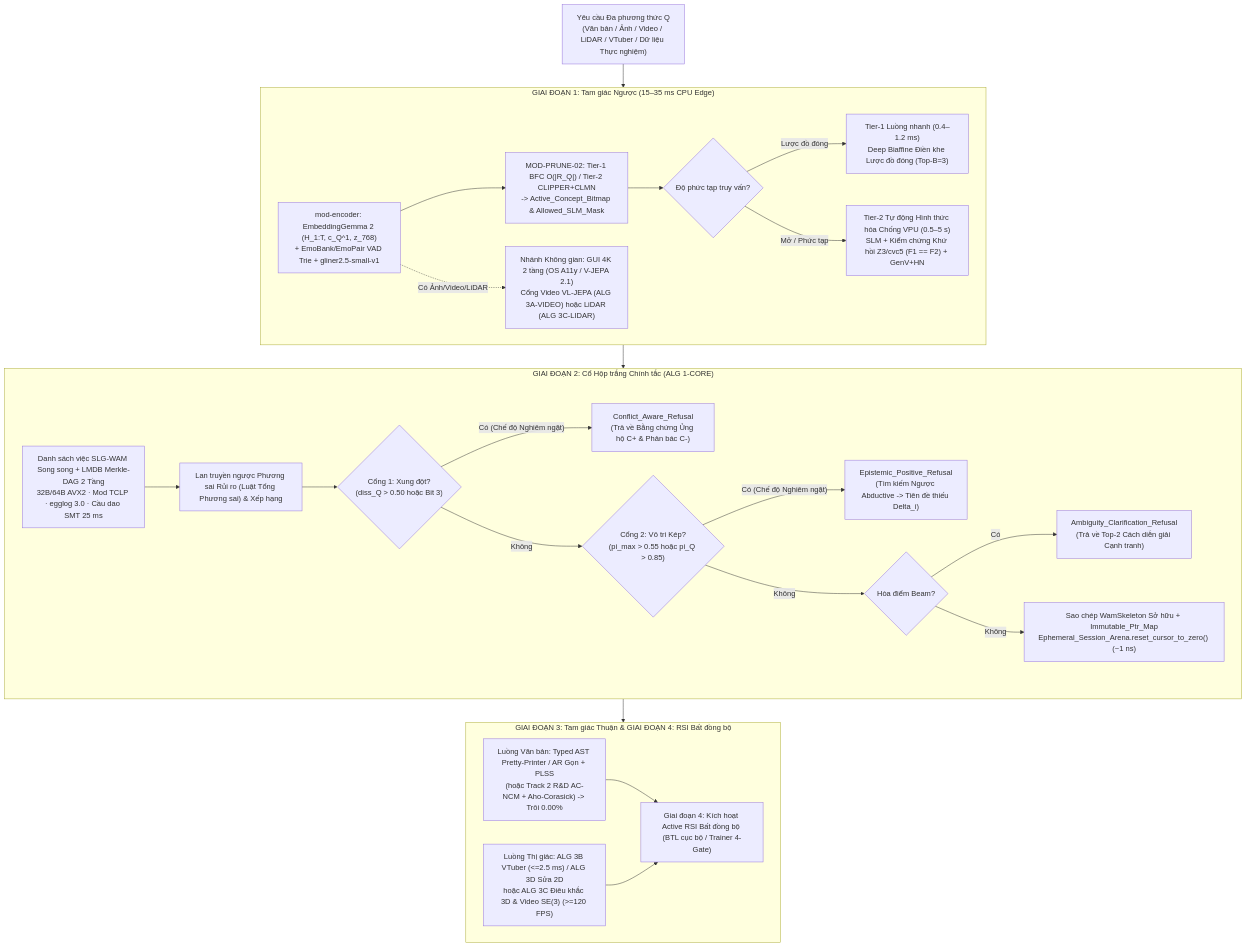
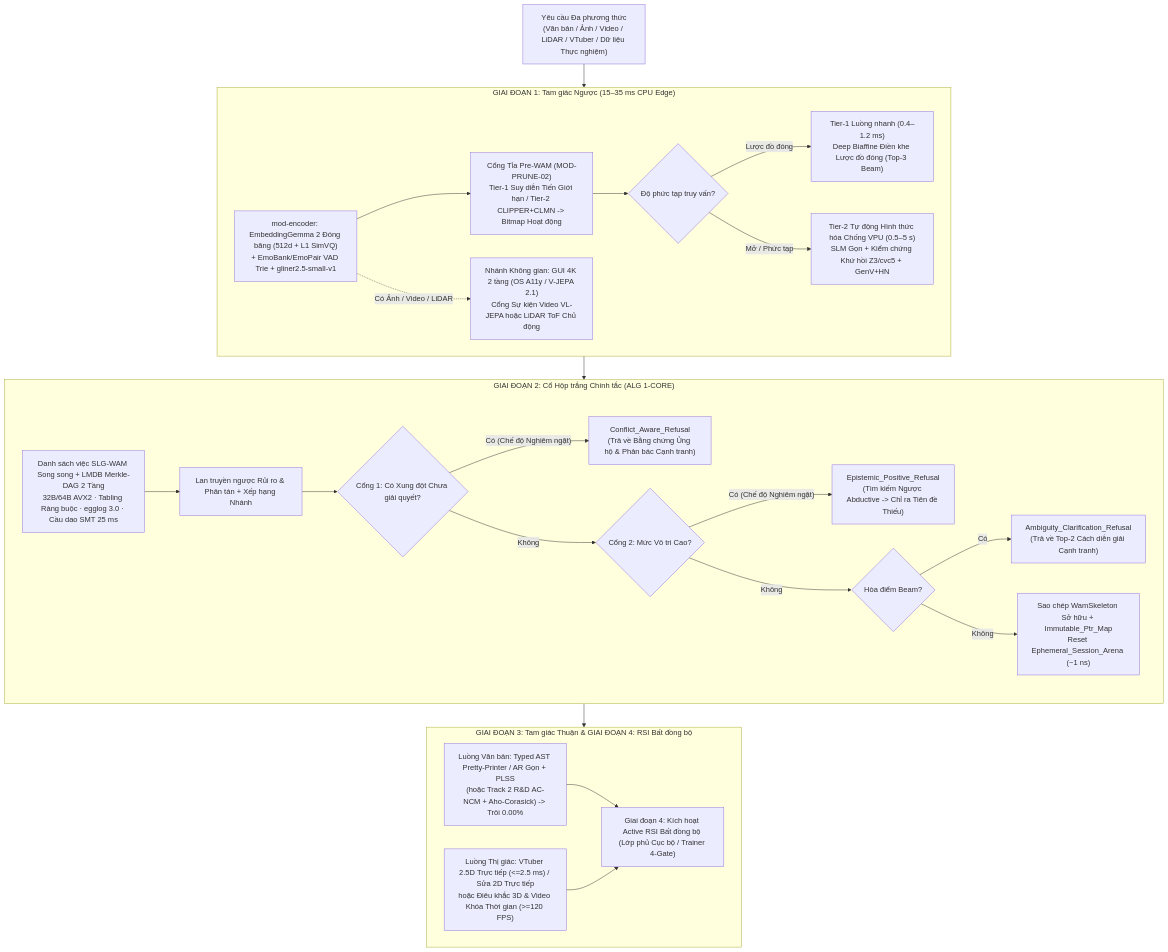
The tenth of 16 diagrams in README.md (vuhoangquanhoctap-glitch/Takuma-1-Trinity), drawn with Mermaid before and after one commit. The commit also changed other lines of this file, not shown here.

````diff
--- a/README.md
+++ b/README.md
@@ -728,49 +758,49 @@
 ```mermaid
 flowchart TD
-    REQ["Yêu cầu Đa phương thức Q<br/>(Văn bản / Ảnh / Video / LiDAR / VTuber / Dữ liệu Thực nghiệm)"] --> ST1
+    REQ["Yêu cầu Đa phương thức<br/>(Văn bản / Ảnh / Video / LiDAR / VTuber / Dữ liệu Thực nghiệm)"] --> ST1
 
     subgraph ST1["GIAI ĐOẠN 1: Tam giác Ngược (15–35 ms CPU Edge)"]
-        E1["mod-encoder: EmbeddingGemma 2 (H_1:T, c_Q^1, z_768)<br/>+ EmoBank/EmoPair VAD Trie + gliner2.5-small-v1"]
-        E2["MOD-PRUNE-02: Tier-1 BFC O(|R_Q|) / Tier-2 CLIPPER+CLMN<br/>-> Active_Concept_Bitmap & Allowed_SLM_Mask"]
+        E1["mod-encoder: EmbeddingGemma 2 Đóng băng (512d + L1 SimVQ)<br/>+ EmoBank/EmoPair VAD Trie + gliner2.5-small-v1"]
+        E2["Cổng Tỉa Pre-WAM (MOD-PRUNE-02)<br/>Tier-1 Suy diễn Tiến Giới hạn / Tier-2 CLIPPER+CLMN -> Bitmap Hoạt động"]
         E3{"Độ phức tạp truy vấn?"}
-        E4["Tier-1 Luồng nhanh (0.4–1.2 ms)<br/>Deep Biaffine Điền khe Lược đồ đóng (Top-B=3)"]
-        E5["Tier-2 Tự động Hình thức hóa Chống VPU (0.5–5 s)<br/>SLM + Kiểm chứng Khứ hồi Z3/cvc5 (F1 == F2) + GenV+HN"]
-        E6["Nhánh Không gian: GUI 4K 2 tầng (OS A11y / V-JEPA 2.1)<br/>Cổng Video VL-JEPA (ALG 3A-VIDEO) hoặc LiDAR (ALG 3C-LIDAR)"]
+        E4["Tier-1 Luồng nhanh (0.4–1.2 ms)<br/>Deep Biaffine Điền khe Lược đồ đóng (Top-3 Beam)"]
+        E5["Tier-2 Tự động Hình thức hóa Chống VPU (0.5–5 s)<br/>SLM Gọn + Kiểm chứng Khứ hồi Z3/cvc5 + GenV+HN"]
+        E6["Nhánh Không gian: GUI 4K 2 tầng (OS A11y / V-JEPA 2.1)<br/>Cổng Sự kiện Video VL-JEPA hoặc LiDAR ToF Chủ động"]
         E1 --> E2 --> E3
         E3 -- "Lược đồ đóng" --> E4
         E3 -- "Mở / Phức tạp" --> E5
-        E1 -. "Có Ảnh/Video/LiDAR" .-> E6
+        E1 -. "Có Ảnh / Video / LiDAR" .-> E6
     end
 
     ST1 --> ST2
 
     subgraph ST2["GIAI ĐOẠN 2: Cổ Hộp trắng Chính tắc (ALG 1-CORE)"]
-        W1["Danh sách việc SLG-WAM Song song + LMDB Merkle-DAG 2 Tầng<br/>32B/64B AVX2 · Mod TCLP · egglog 3.0 · Cầu dao SMT 25 ms"]
-        W2["Lan truyền ngược Phương sai Rủi ro (Luật Tổng Phương sai) & Xếp hạng"]
-        G1{"Cổng 1: Xung đột?<br/>(diss_Q > 0.50 hoặc Bit 3)"}
-        G2{"Cổng 2: Vô tri Kép?<br/>(pi_max > 0.55 hoặc pi_Q > 0.85)"}
+        W1["Danh sách việc SLG-WAM Song song + LMDB Merkle-DAG 2 Tầng<br/>32B/64B AVX2 · Tabling Ràng buộc · egglog 3.0 · Cầu dao SMT 25 ms"]
+        W2["Lan truyền ngược Rủi ro & Phân tán + Xếp hạng Nhánh"]
+        G1{"Cổng 1: Có Xung đột Chưa giải quyết?"}
+        G2{"Cổng 2: Mức Vô tri Cao?"}
         G3{"Hòa điểm Beam?"}
-        R1["Conflict_Aware_Refusal<br/>(Trả về Bằng chứng Ủng hộ C+ & Phản bác C-)"]
-        R2["Epistemic_Positive_Refusal<br/>(Tìm kiếm Ngược Abductive -> Tiên đề thiếu Delta_i)"]
+        R1["Conflict_Aware_Refusal<br/>(Trả về Bằng chứng Ủng hộ & Phản bác Cạnh tranh)"]
+        R2["Epistemic_Positive_Refusal<br/>(Tìm kiếm Ngược Abductive -> Chỉ ra Tiên đề Thiếu)"]
         R3["Ambiguity_Clarification_Refusal<br/>(Trả về Top-2 Cách diễn giải Cạnh tranh)"]
-        SKEL["Sao chép WamSkeleton Sở hữu + Immutable_Ptr_Map<br/>Ephemeral_Session_Arena.reset_cursor_to_zero() (~1 ns)"]
+        SKEL["Sao chép WamSkeleton Sở hữu + Immutable_Ptr_Map<br/>Reset Ephemeral_Session_Arena (~1 ns)"]
 
         W1 --> W2 --> G1
         G1 -- "Có (Chế độ Nghiêm ngặt)" --> R1
         G1 -- "Không" --> G2
         G2 -- "Có (Chế độ Nghiêm ngặt)" --> R2
         G2 -- "Không" --> G3
         G3 -- "Có" --> R3
         G3 -- "Không" --> SKEL
     end
 
     ST2 --> ST3
 
     subgraph ST3["GIAI ĐOẠN 3: Tam giác Thuận & GIAI ĐOẠN 4: RSI Bất đồng bộ"]
         T1["Luồng Văn bản: Typed AST Pretty-Printer / AR Gọn + PLSS<br/>(hoặc Track 2 R&D AC-NCM + Aho-Corasick) -> Trôi 0.00%"]
-        V1["Luồng Thị giác: ALG 3B VTuber (<=2.5 ms) / ALG 3D Sửa 2D<br/>hoặc ALG 3C Điêu khắc 3D & Video SE(3) (>=120 FPS)"]
-        RSI["Giai đoạn 4: Kích hoạt Active RSI Bất đồng bộ (BTL cục bộ / Trainer 4-Gate)"]
+        V1["Luồng Thị giác: VTuber 2.5D Trực tiếp (<=2.5 ms) / Sửa 2D Trực tiếp<br/>hoặc Điêu khắc 3D & Video Khóa Thời gian (>=120 FPS)"]
+        RSI["Giai đoạn 4: Kích hoạt Active RSI Bất đồng bộ (Lớp phủ Cục bộ / Trainer 4-Gate)"]
         T1 --> RSI
         V1 --> RSI
     end
 ```
````
